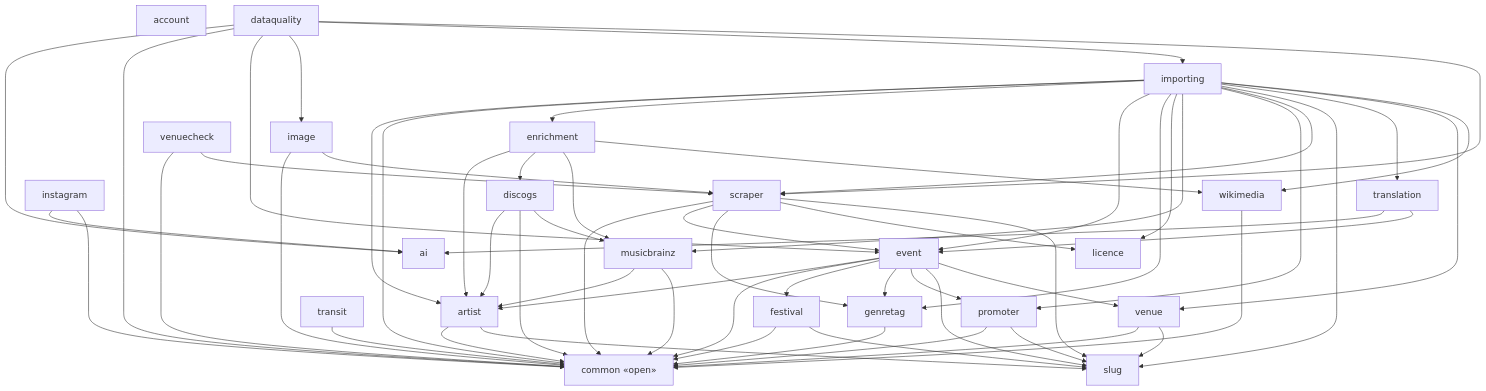
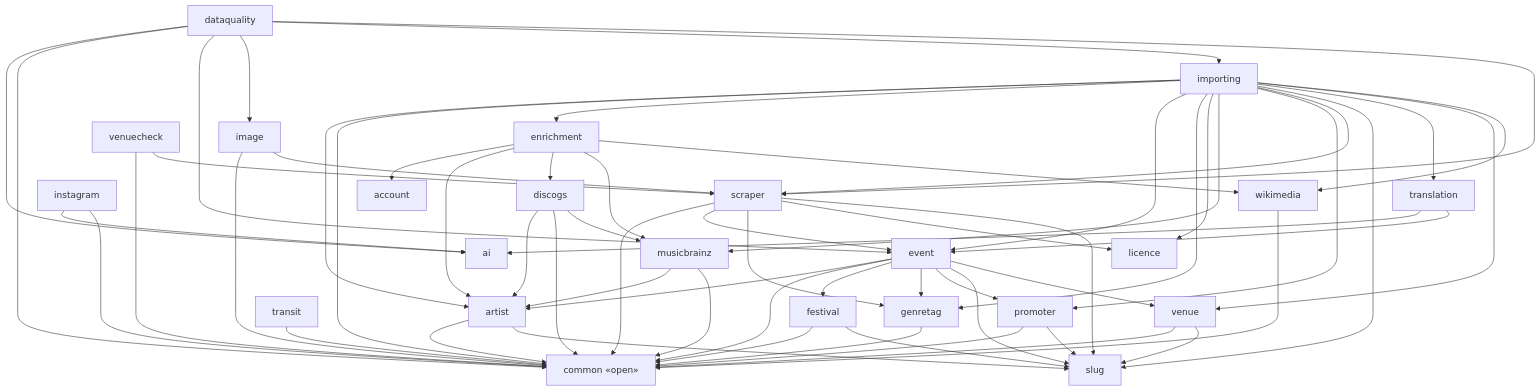
One commit to enorm-labs/event-junkie changed the diagram in docs/architecture/modules-events-importer.md. Above: the diagram before and after it, drawn with Mermaid. The commit also changed 18 other files, not shown here.

```diff
--- a/docs/architecture/modules-events-importer.md
+++ b/docs/architecture/modules-events-importer.md
@@ -43,6 +43,7 @@
     discogs --> artist
     discogs --> common
     discogs --> musicbrainz
+    enrichment --> account
     enrichment --> artist
     enrichment --> discogs
     enrichment --> musicbrainz
```
